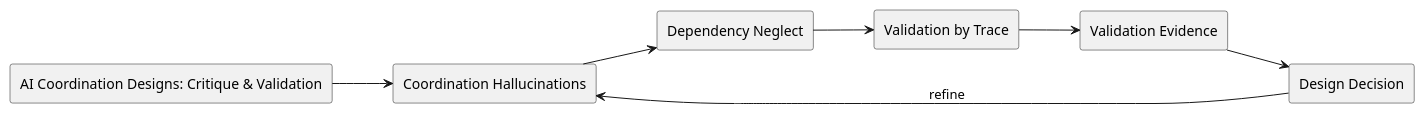
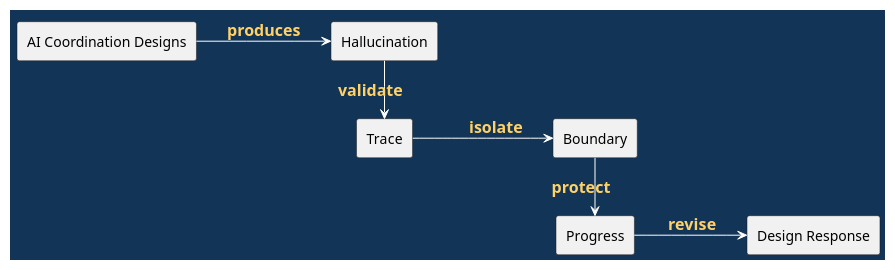
One commit to madajaju/CS5254 changed the sixth of 9 diagrams in doc/lectures/week7/ai_coordination/README.slides.adoc. Above: the diagram before and after it, drawn with PlantUML. The commit also changed other lines of this file and 44 other files, not shown here.

```diff
--- a/doc/lectures/week7/ai_coordination/README.slides.adoc
+++ b/doc/lectures/week7/ai_coordination/README.slides.adoc
@@ -65,22 +155,29 @@
-[plantuml, target=architecture, format=svg, width=80%]
+[plantuml, width=100%]
 ----
 @startuml
-skinparam monochrome true
+skinparam backgroundColor #123456
 skinparam shadowing false
+skinparam defaultFontColor black
+skinparam ArrowColor white
+skinparam ArrowFontColor #ffd166
+skinparam ArrowFontStyle bold
+skinparam ArrowFontSize 16
+skinparam ParticipantBorderColor #123456
+skinparam ParticipantBackgroundColor white
+skinparam ParticipantFontColor black
+skinparam LifeLineBorderColor white
+skinparam LifeLineBackgroundColor white
 left to right direction
-
-rectangle "AI Coordination Designs: Critique & Validation" as Topic
-rectangle "Coordination Hallucinations" as A
-rectangle "Dependency Neglect" as B
-rectangle "Validation by Trace" as C
-rectangle "Validation Evidence" as V
-rectangle "Design Decision" as D
-
-Topic --> A
-A --> B
-B --> C
-C --> V
-V --> D
-D --> A : refine
+rectangle "AI Coordination Designs" as Topic
+rectangle "Hallucination" as H
+rectangle "Trace" as T
+rectangle "Boundary" as B
+rectangle "Progress" as P
+rectangle "Design Response" as R
+Topic --> H : produces
+H -> T : validate
+T --> B : isolate
+B -> P : protect
+P --> R : revise
 @enduml
 ----
```
